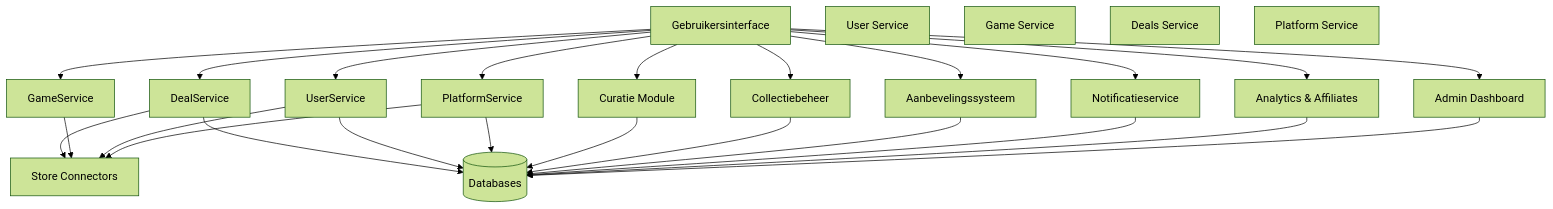
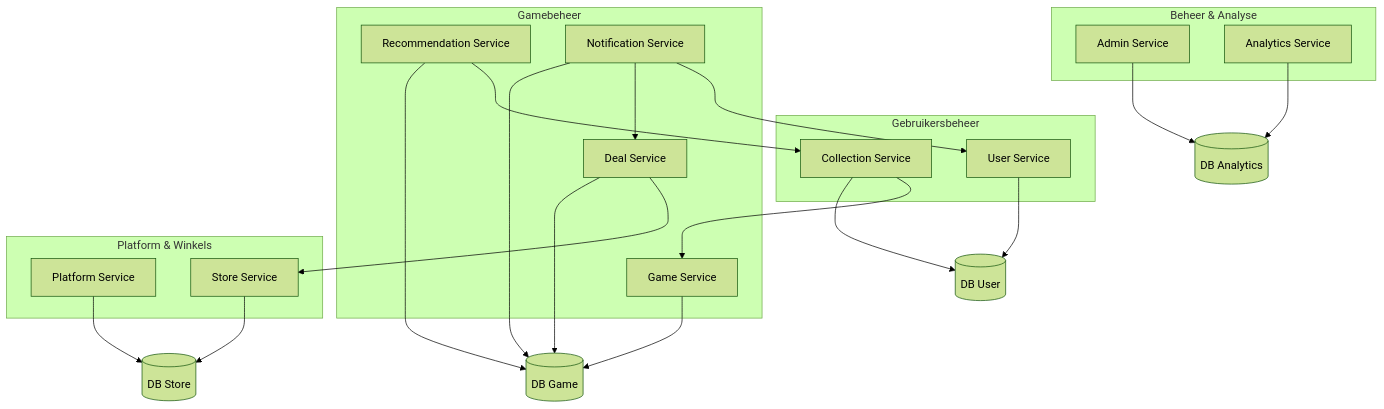
Before and after one commit to sergiuNE/Meta-Gamestore-ChippyGames-: the fifth of 6 diagrams in ICT_Project_Neagu_Sergiu.md, drawn with Mermaid (forest theme). The commit also changed other lines of this file and 16 other files, not shown here.

````diff
--- a/ICT_Project_Neagu_Sergiu.md
+++ b/ICT_Project_Neagu_Sergiu.md
@@ -455,41 +474,52 @@
 ```mermaid
 graph TD
-    UI[Gebruikersinterface]
-    User[User Service]
-    Games[Game Service]
-    Deals[Deals Service]
-    Platform[Platform Service]
-    Connectors[Store Connectors]
-    Curatie[Curatie Module]
-    Collectie[Collectiebeheer]
-    Aanbevelingen[Aanbevelingssysteem]
-    Notificatie[Notificatieservice]
-    Analytics[Analytics & Affiliates]
-    Admin[Admin Dashboard]
-    DB[(Databases)]
+  subgraph Gebruikersbeheer
+    UserService["User Service"]
+    CollectionService["Collection Service"]
+  end
 
-    UI --> UserService
-    UI --> GameService
-    UI --> DealService
-    UI --> PlatformService
-    UI --> Curatie
-    UI --> Collectie
-    UI --> Aanbevelingen
-    UI --> Notificatie
-    UI --> Analytics
-    UI --> Admin
+  subgraph Gamebeheer
+    GameService["Game Service"]
+    RecommendationService["Recommendation Service"]
+    DealService["Deal Service"]
+    NotificationService["Notification Service"]
+  end
 
-    DealService --> Connectors
-    GameService --> Connectors
-    UserService --> Connectors
-    PlatformService --> Connectors
-    DealService --> DB
-    UserService --> DB
-    PlatformService --> DB
-    Curatie --> DB
-    Collectie --> DB
-    Aanbevelingen --> DB
-    Notificatie --> DB
-    Analytics --> DB
-    Admin --> DB
+  subgraph Platform & Winkels
+    PlatformService["Platform Service"]
+    StoreService["Store Service"]
+  end
+
+  subgraph Beheer & Analyse
+    AdminService["Admin Service"]
+    AnalyticsService["Analytics Service"]
+  end
+
+  %% Databases
+  DBUser[(DB User)]
+  DBGame[(DB Game)]
+  DBStore[(DB Store)]
+  DBAnalytics[(DB Analytics)]
+
+  %% Connecties naar DB's
+  UserService --> DBUser
+  CollectionService --> DBUser
+
+  GameService --> DBGame
+  RecommendationService --> DBGame
+  DealService --> DBGame
+  NotificationService --> DBGame
+
+  PlatformService --> DBStore
+  StoreService --> DBStore
+
+  AdminService --> DBAnalytics
+  AnalyticsService --> DBAnalytics
+
+  %% Interne afhankelijkheden
+  CollectionService --> GameService
+  RecommendationService --> CollectionService
+  DealService --> StoreService
+  NotificationService --> DealService
+  NotificationService --> UserService
 ```
````
